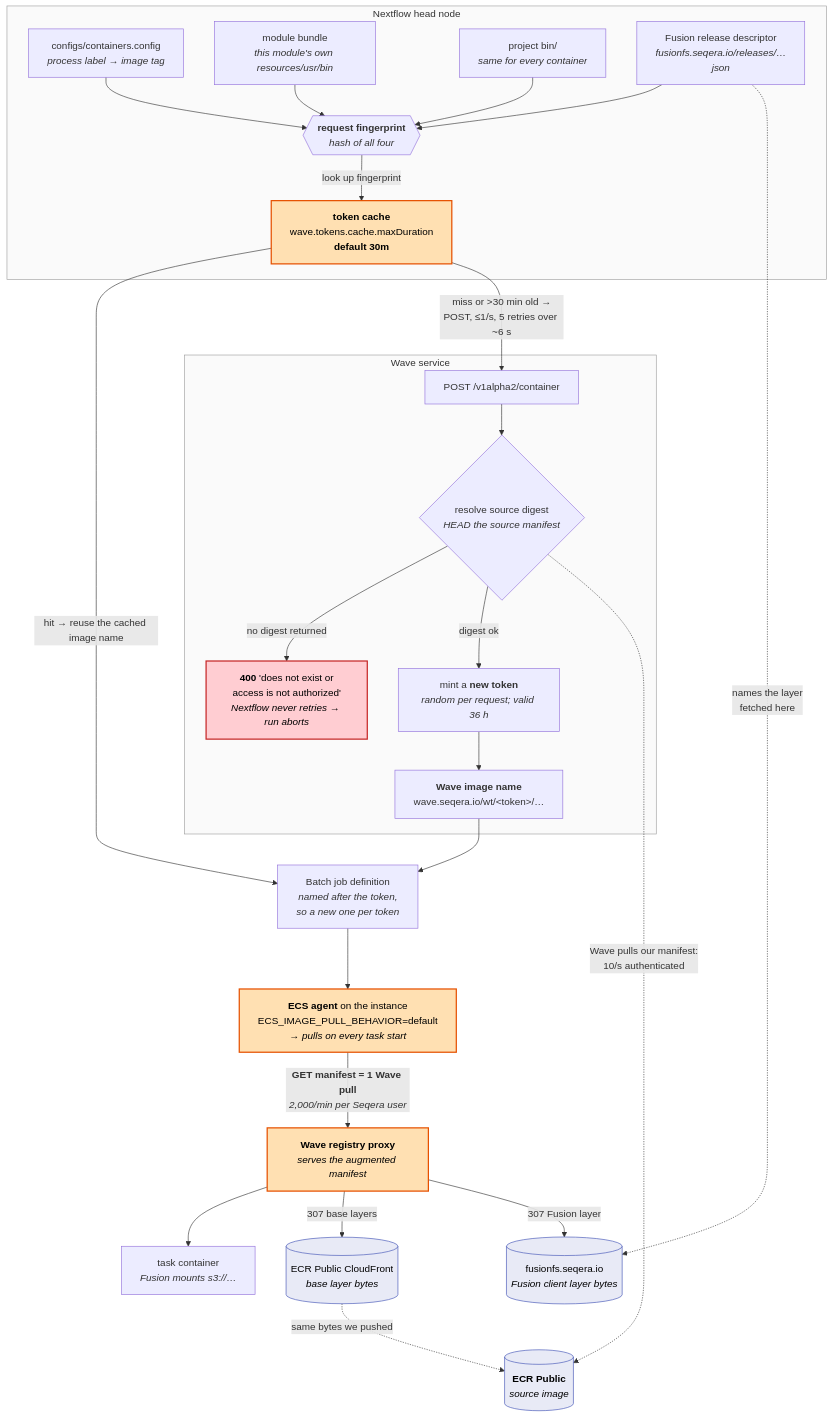
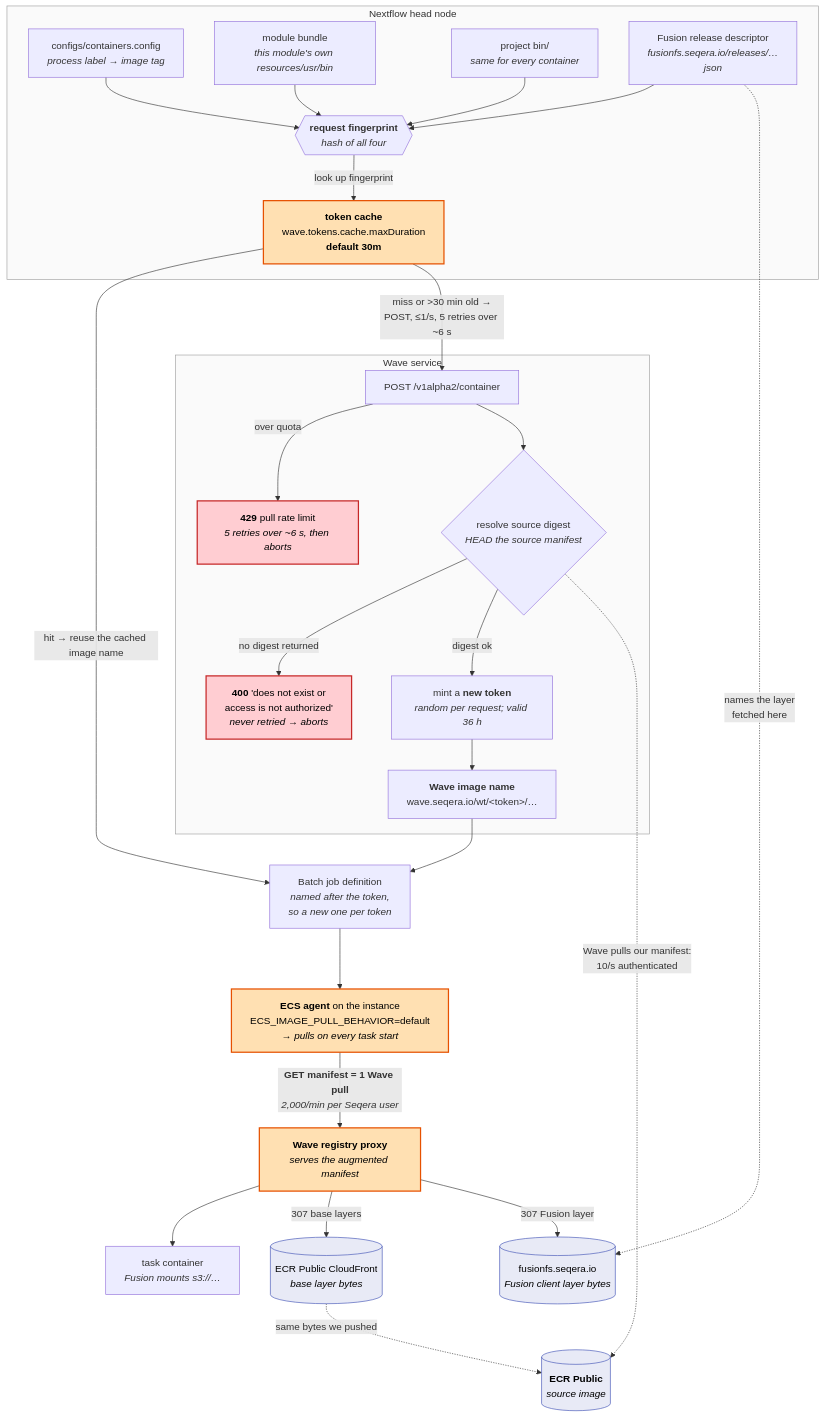
One commit to securebio/nao-mgs-workflow changed the second of 2 diagrams in docs/wave.md. Above: the diagram before and after it, drawn with Mermaid. The commit also changed other lines of this file, not shown here.

Commit message:
Explain the diagram's colour coding and draw the 429 abort path
Orange and red were doing different jobs (limit consumed vs run ended)
but the caption described only one, so the single red box read as
arbitrary. Say what each colour means, and add the 429 branch, which
also ends the run and was previously only implied by an edge label.

````diff
--- a/docs/wave.md
+++ b/docs/wave.md
@@ -101,56 +102,58 @@
 ```mermaid
 flowchart TB
     subgraph HEAD["Nextflow head node"]
         CFG["configs/containers.config<br/><i>process label → image tag</i>"]
         BUNDLE["module bundle<br/><i>this module's own resources/usr/bin</i>"]
         BIN["project bin/<br/><i>same for every container</i>"]
         FUSEJSON["Fusion release descriptor<br/><i>fusionfs.seqera.io/releases/…json</i>"]
         FP{{"<b>request fingerprint</b><br/><i>hash of all four</i>"}}
         CACHE["<b>token cache</b><br/>wave.tokens.cache.maxDuration<br/><b>default 30m</b>"]
         CFG --> FP
         BUNDLE --> FP
         BIN --> FP
         FUSEJSON --> FP
         FP -- "look up fingerprint" --> CACHE
     end
 
     subgraph WAVESVC["Wave service"]
         WAVE["POST /v1alpha2/container"]
         DIGEST{"resolve source digest<br/><i>HEAD the source manifest</i>"}
-        ERR400["<b>400</b> 'does not exist or<br/>access is not authorized'<br/><i>Nextflow never retries → run aborts</i>"]
+        ERR429["<b>429</b> pull rate limit<br/><i>5 retries over ~6 s, then aborts</i>"]
+        ERR400["<b>400</b> 'does not exist or<br/>access is not authorized'<br/><i>never retried → aborts</i>"]
         TOKEN["mint a <b>new token</b><br/><i>random per request; valid 36 h</i>"]
         IMG["<b>Wave image name</b><br/>wave.seqera.io/wt/&lt;token&gt;/…"]
+        WAVE -- "over quota" --> ERR429
         WAVE --> DIGEST
         DIGEST -- "no digest returned" --> ERR400
         DIGEST -- "digest ok" --> TOKEN --> IMG
     end
 
     SRC[("<b>ECR Public</b><br/><i>source image</i>")]
     JOBDEF["Batch job definition<br/><i>named after the token,<br/>so a new one per token</i>"]
     ECSAGENT["<b>ECS agent</b> on the instance<br/>ECS_IMAGE_PULL_BEHAVIOR=default<br/><i>→ pulls on every task start</i>"]
     WAVEREG["<b>Wave registry proxy</b><br/><i>serves the augmented manifest</i>"]
     TASK["task container<br/><i>Fusion mounts s3://…</i>"]
     CDN[("ECR Public CloudFront<br/><i>base layer bytes</i>")]
     FUSECDN[("fusionfs.seqera.io<br/><i>Fusion client layer bytes</i>")]
 
     CACHE -- "hit → reuse the cached image name" --> JOBDEF
     CACHE -- "miss or >30 min old →<br/>POST, ≤1/s, 5 retries over ~6 s" --> WAVE
     DIGEST -. "Wave pulls our manifest:<br/>10/s authenticated" .-> SRC
     IMG --> JOBDEF
     JOBDEF --> ECSAGENT
     ECSAGENT -- "<b>GET manifest = 1 Wave pull</b><br/><i>2,000/min per Seqera user</i>" --> WAVEREG
     WAVEREG --> TASK
     WAVEREG -- "307 base layers" --> CDN
     WAVEREG -- "307 Fusion layer" --> FUSECDN
     CDN -. "same bytes we pushed" .-> SRC
     FUSEJSON -. "names the layer<br/>fetched here" .-> FUSECDN
 
     classDef hot fill:#ffe0b2,stroke:#e65100,stroke-width:2px,color:#000
     classDef fail fill:#ffcdd2,stroke:#c62828,stroke-width:2px,color:#000
     classDef reg fill:#e8eaf6,stroke:#3f51b5,color:#000
     class CACHE,ECSAGENT,WAVEREG hot
-    class ERR400 fail
+    class ERR400,ERR429 fail
     class SRC,CDN,FUSECDN reg
     style HEAD fill:#fafafa,stroke:#9e9e9e
     style WAVESVC fill:#fafafa,stroke:#9e9e9e
 ```
````
